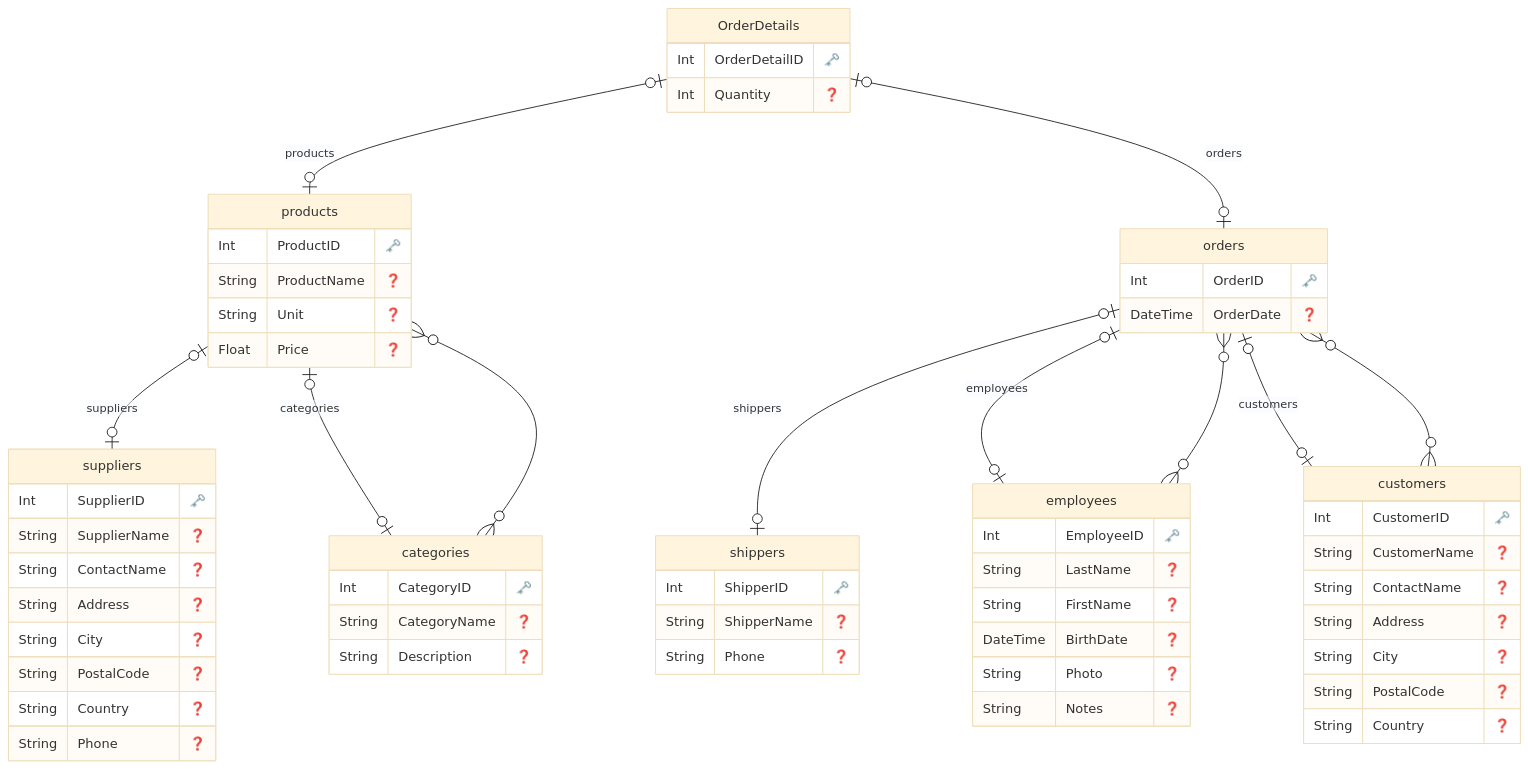
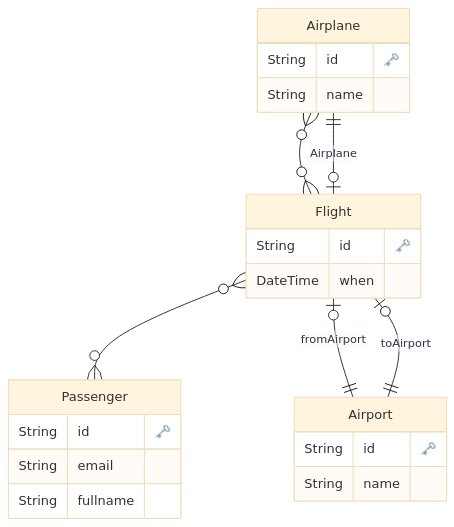
The second of 5 diagrams in Mermaid_Graph.md (georgernstgraf/spg-gfm), drawn with Mermaid (base theme) before and after one commit.

````diff
--- a/Mermaid_Graph.md
+++ b/Mermaid_Graph.md
@@ -26,80 +26,33 @@
 ```mermaid
 erDiagram
 
-  "OrderDetails" {
-    Int OrderDetailID "🗝️"
-    Int Quantity "❓"
+  "Airplane" {
+    String id "🗝️"
+    String name
     }
 
 
-  "categories" {
-    Int CategoryID "🗝️"
-    String CategoryName "❓"
-    String Description "❓"
+  "Flight" {
+    String id "🗝️"
+    DateTime when
     }
 
 
-  "customers" {
-    Int CustomerID "🗝️"
-    String CustomerName "❓"
-    String ContactName "❓"
-    String Address "❓"
-    String City "❓"
-    String PostalCode "❓"
-    String Country "❓"
+  "Airport" {
+    String id "🗝️"
+    String name
     }
 
 
-  "employees" {
-    Int EmployeeID "🗝️"
-    String LastName "❓"
-    String FirstName "❓"
-    DateTime BirthDate "❓"
-    String Photo "❓"
-    String Notes "❓"
+  "Passenger" {
+    String id "🗝️"
+    String email
+    String fullname
     }
 
-
-  "orders" {
-    Int OrderID "🗝️"
-    DateTime OrderDate "❓"
-    }
-
-
-  "products" {
-    Int ProductID "🗝️"
-    String ProductName "❓"
-    String Unit "❓"
-    Float Price "❓"
-    }
-
-
-  "shippers" {
-    Int ShipperID "🗝️"
-    String ShipperName "❓"
-    String Phone "❓"
-    }
-
-
-  "suppliers" {
-    Int SupplierID "🗝️"
-    String SupplierName "❓"
-    String ContactName "❓"
-    String Address "❓"
-    String City "❓"
-    String PostalCode "❓"
-    String Country "❓"
-    String Phone "❓"
-    }
-
-    "OrderDetails" o|--|o "products" : "products"
-    "OrderDetails" o|--|o "orders" : "orders"
-    "categories" o{--}o "products" : ""
-    "customers" o{--}o "orders" : ""
-    "employees" o{--}o "orders" : ""
-    "orders" o|--|o "shippers" : "shippers"
-    "orders" o|--|o "employees" : "employees"
-    "orders" o|--|o "customers" : "customers"
-    "products" o|--|o "suppliers" : "suppliers"
-    "products" o|--|o "categories" : "categories"
+    "Airplane" o{--}o "Flight" : ""
+    "Flight" o{--}o "Passenger" : ""
+    "Flight" o|--|| "Airport" : "fromAirport"
+    "Flight" o|--|| "Airport" : "toAirport"
+    "Flight" o|--|| "Airplane" : "Airplane"
 ```
````
